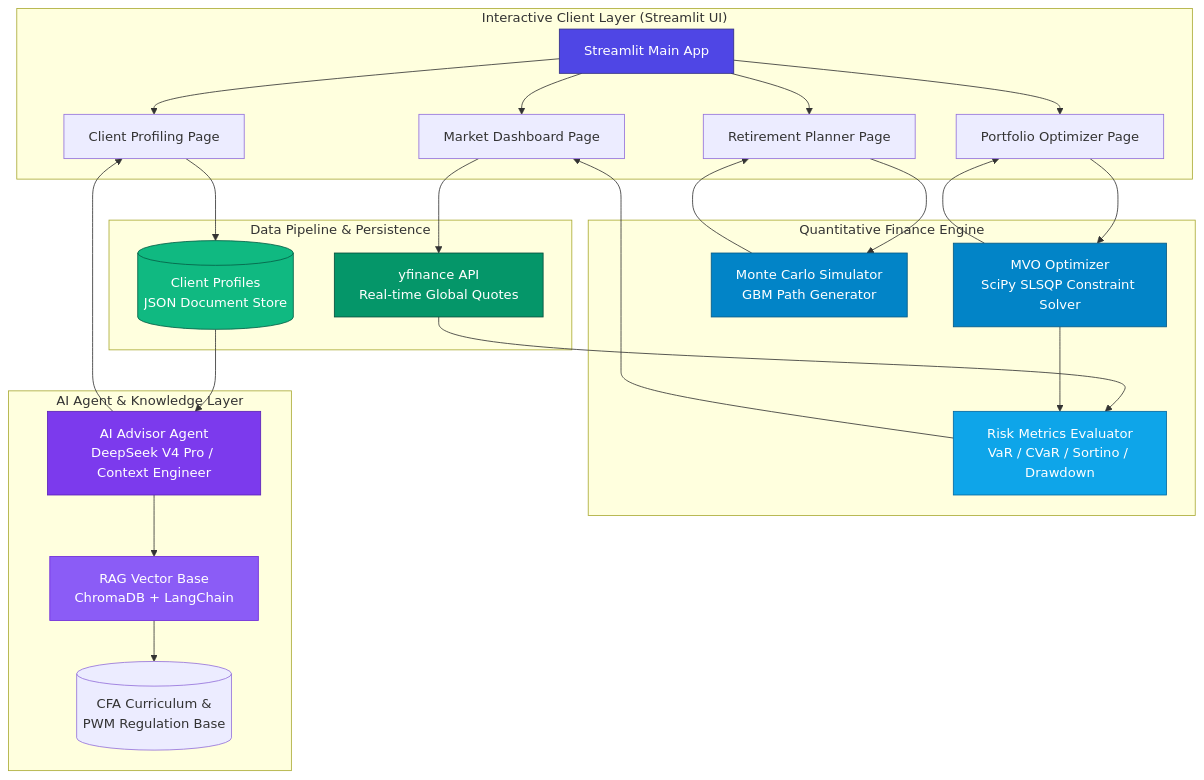
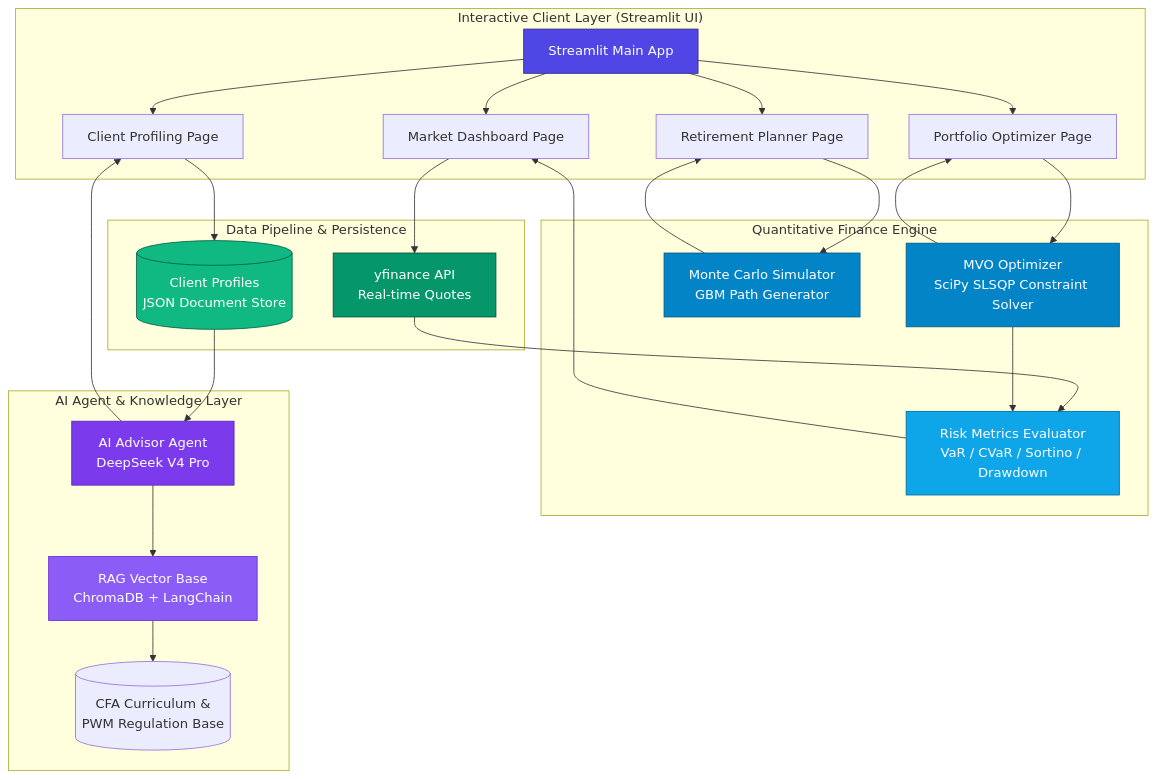
One commit to Michelia-L/AI-WealthPilot changed the diagram in README.ja.md. Above: the diagram before and after it, drawn with Mermaid. The commit also changed other lines of this file and 3 other files, not shown here.

````diff
--- a/README.ja.md
+++ b/README.ja.md
@@ -48,62 +58,62 @@
 ```mermaid
 graph TB
     subgraph UI_Layer ["Interactive Client Layer (Streamlit UI)"]
         UI[Streamlit Main App]
         P1[Market Dashboard Page]
         P2[Portfolio Optimizer Page]
         P3[Retirement Planner Page]
         P4[Client Profiling Page]
     end
 
     subgraph Quant_Engine ["Quantitative Finance Engine"]
         MVO[MVO Optimizer<br/>SciPy SLSQP Constraint Solver]
         MC[Monte Carlo Simulator<br/>GBM Path Generator]
         RM[Risk Metrics Evaluator<br/>VaR / CVaR / Sortino / Drawdown]
     end
 
     subgraph AI_Layer ["AI Agent & Knowledge Layer"]
-        Agent[AI Advisor Agent<br/>DeepSeek V4 Pro / Context Engineer]
+        Agent[AI Advisor Agent<br/>DeepSeek V4 Pro]
         RAG[RAG Vector Base<br/>ChromaDB + LangChain]
         CFA_KB[(CFA Curriculum &<br/>PWM Regulation Base)]
     end
 
     subgraph Data_Layer ["Data Pipeline & Persistence"]
-        YF[yfinance API<br/>Real-time Global Quotes]
+        YF[yfinance API<br/>Real-time Quotes]
         JSON_DB[(Client Profiles<br/>JSON Document Store)]
     end
 
     %% UI Routing
     UI --> P1 & P2 & P3 & P4
 
     %% Market Data Flow
     P1 --> YF
     YF --> RM
     RM --> P1
 
     %% Optimizer Flow
     P2 --> MVO
     MVO --> RM
     MVO --> P2
 
     %% Monte Carlo Flow
     P3 --> MC
     MC --> P3
 
     %% Profiling Flow
     P4 --> JSON_DB
     JSON_DB --> Agent
 
     %% AI Agent & RAG Flow
     Agent --> RAG
     RAG --> CFA_KB
     Agent --> P4
     
     style UI fill:#4f46e5,stroke:#312e81,color:#fff
     style MVO fill:#0284c7,stroke:#075985,color:#fff
     style MC fill:#0284c7,stroke:#075985,color:#fff
     style RM fill:#0ea5e9,stroke:#0369a1,color:#fff
     style Agent fill:#7c3aed,stroke:#5b21b6,color:#fff
     style RAG fill:#8b5cf6,stroke:#6d28d9,color:#fff
     style YF fill:#059669,stroke:#064e3b,color:#fff
     style JSON_DB fill:#10b981,stroke:#065f46,color:#fff
 ```
````
